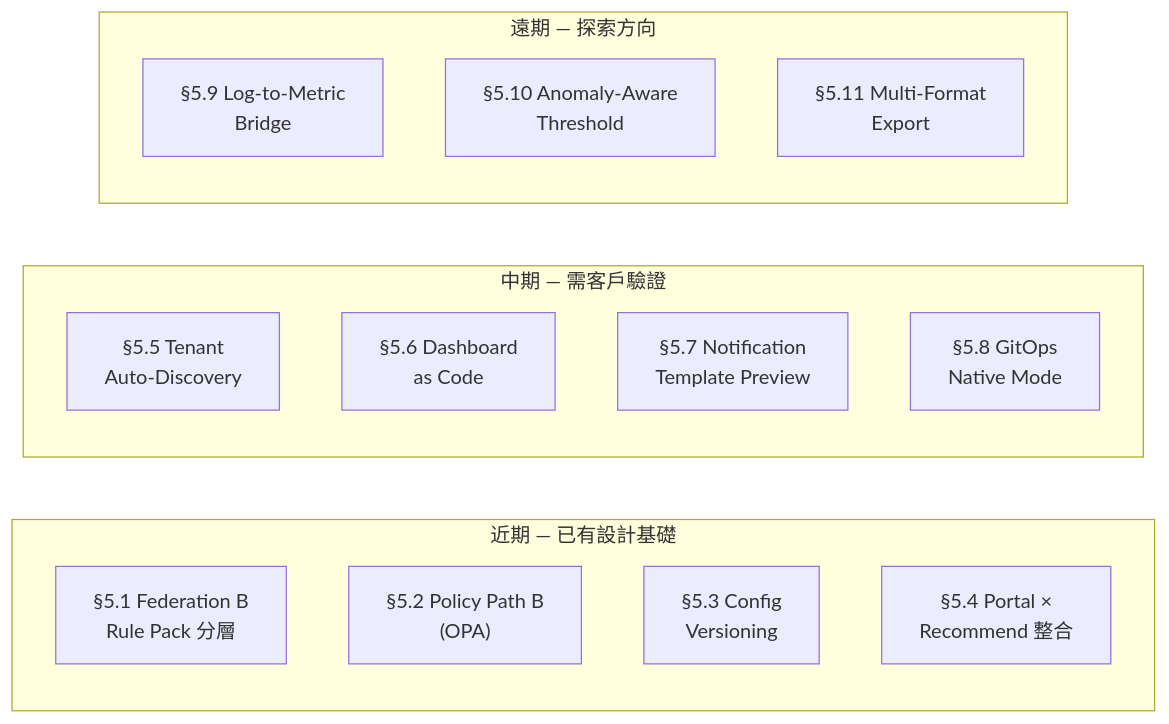
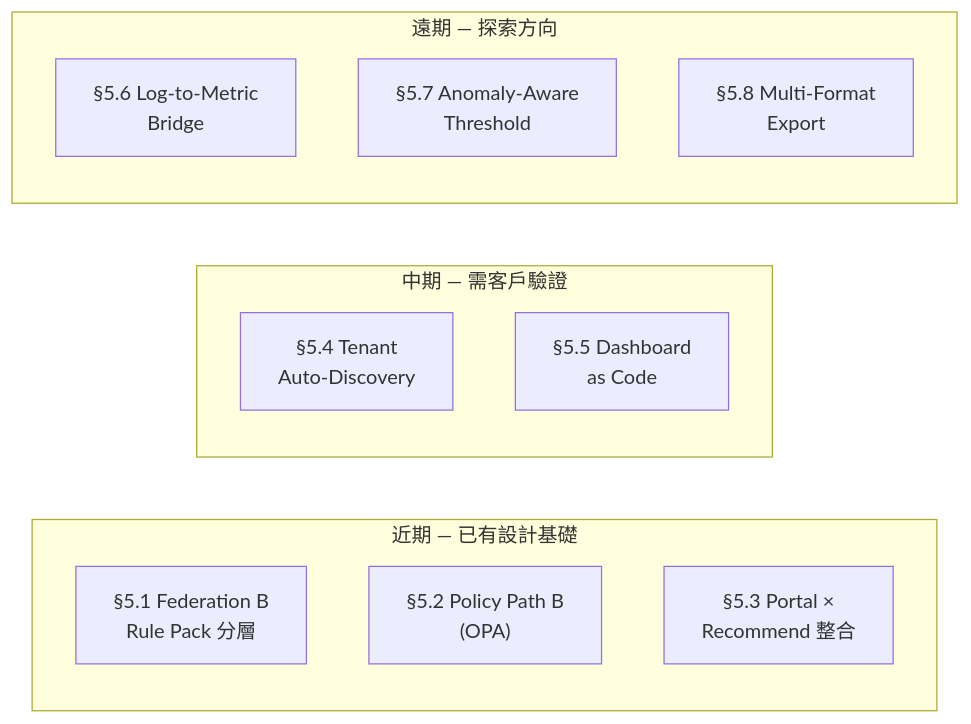
Before and after one commit to vencil/Dynamic-Alerting-Integrations: the sixth of 6 diagrams in docs/architecture-and-design.md, drawn with Mermaid. The commit also changed other lines of this file and 148 other files, not shown here.

First line of the commit message:
feat: v2.2.0 — Adoption Pipeline, GitOps Native Mode, Migration Playbook

````diff
--- a/docs/architecture-and-design.md
+++ b/docs/architecture-and-design.md
@@ -997,20 +1050,17 @@
 ```mermaid
 graph LR
     subgraph Near["近期 — 已有設計基礎"]
         FB["§5.1 Federation B<br/>Rule Pack 分層"]
         PB["§5.2 Policy Path B<br/>(OPA)"]
-        CV["§5.3 Config<br/>Versioning"]
-        PR["§5.4 Portal ×<br/>Recommend 整合"]
+        PR["§5.3 Portal ×<br/>Recommend 整合"]
     end
     subgraph Mid["中期 — 需客戶驗證"]
-        AD["§5.5 Tenant<br/>Auto-Discovery"]
-        GD["§5.6 Dashboard<br/>as Code"]
-        TP["§5.7 Notification<br/>Template Preview"]
-        GT["§5.8 GitOps<br/>Native Mode"]
+        AD["§5.4 Tenant<br/>Auto-Discovery"]
+        GD["§5.5 Dashboard<br/>as Code"]
     end
     subgraph Far["遠期 — 探索方向"]
-        LM["§5.9 Log-to-Metric<br/>Bridge"]
-        AM["§5.10 Anomaly-Aware<br/>Threshold"]
-        MF["§5.11 Multi-Format<br/>Export"]
+        LM["§5.6 Log-to-Metric<br/>Bridge"]
+        AM["§5.7 Anomaly-Aware<br/>Threshold"]
+        MF["§5.8 Multi-Format<br/>Export"]
     end
 ```
````
